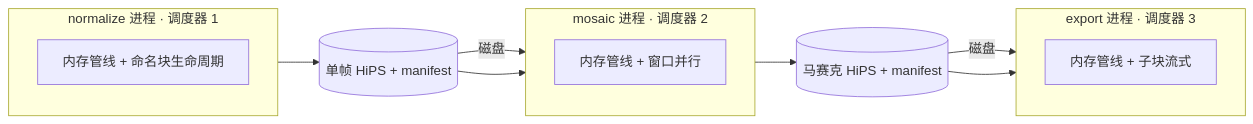
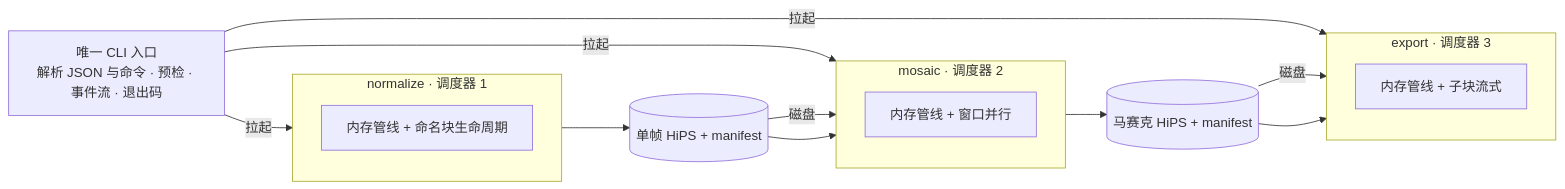
The ninth of 12 diagrams in ASTROCS_DESIGN.md (fujiaze/Astro-CS-Database), drawn with Mermaid before and after one commit. The commit also changed other lines of this file and 4 other files, not shown here.

````diff
--- a/ASTROCS_DESIGN.md
+++ b/ASTROCS_DESIGN.md
@@ -445,15 +483,19 @@
 ```mermaid
 flowchart LR
-    subgraph P1["normalize 进程 · 调度器 1"]
+    CLI["唯一 CLI 入口<br/>解析 JSON 与命令 · 预检 · 事件流 · 退出码"]
+    CLI -->|拉起| P1
+    CLI -->|拉起| P2
+    CLI -->|拉起| P3
+    subgraph P1["normalize · 调度器 1"]
         A1["内存管线 + 命名块生命周期"]
     end
     H1[("单帧 HiPS + manifest")] -->|磁盘| P2
-    subgraph P2["mosaic 进程 · 调度器 2"]
+    subgraph P2["mosaic · 调度器 2"]
         A2["内存管线 + 窗口并行"]
     end
     H2[("马赛克 HiPS + manifest")] -->|磁盘| P3
-    subgraph P3["export 进程 · 调度器 3"]
+    subgraph P3["export · 调度器 3"]
         A3["内存管线 + 子块流式"]
     end
     P1 --> H1 --> P2 --> H2 --> P3
 ```
````
